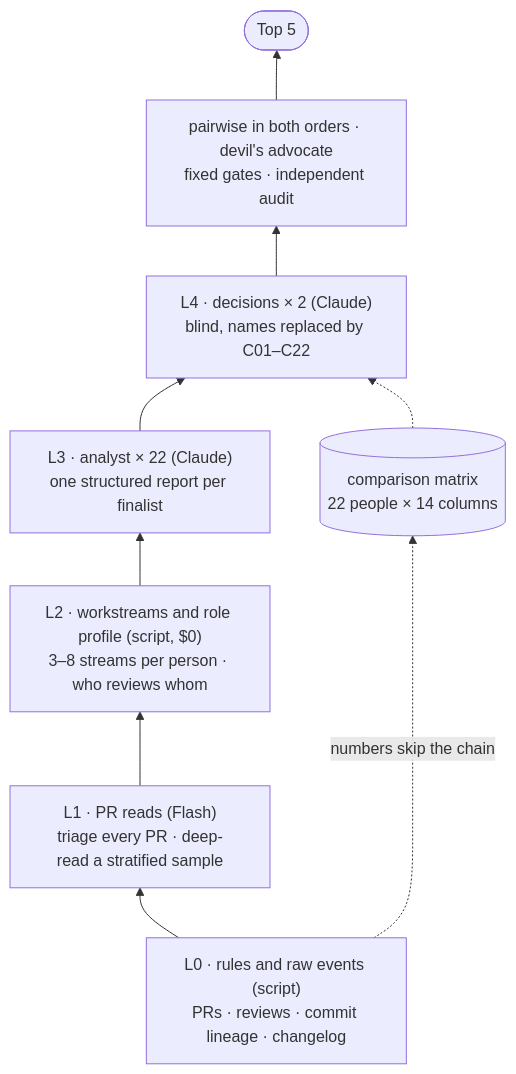
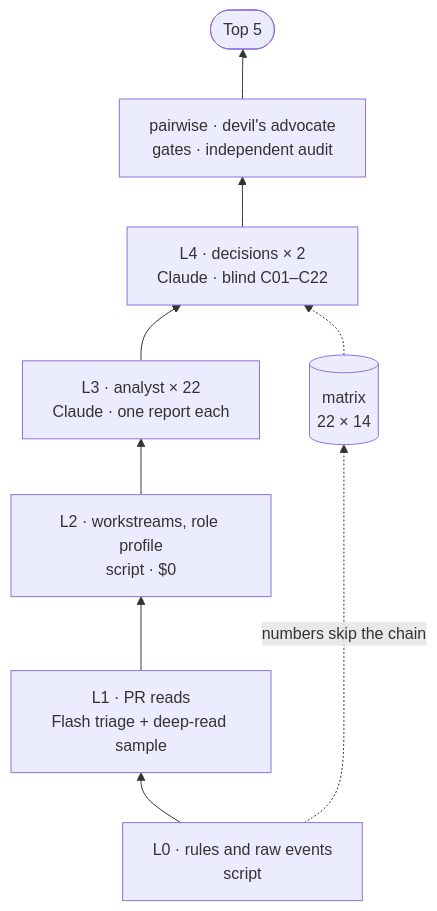
Before and after one commit to yuanyunchen/posthog-impact-dashboard: the second of 2 diagrams in README.md, drawn with Mermaid. The commit also changed other lines of this file, not shown here.

Commit message:
README: compact Mermaid labels so both diagrams fit the page width

````diff
--- a/README.md
+++ b/README.md
@@ -54,12 +57,10 @@
 ```mermaid
 flowchart BT
-    L0["L0 · rules and raw events (script)<br/>PRs · reviews · commit lineage · changelog"]
-    L1["L1 · PR reads (Flash)<br/>triage every PR · deep-read a stratified sample"]
-    L2["L2 · workstreams and role profile (script, $0)<br/>3–8 streams per person · who reviews whom"]
-    L3["L3 · analyst × 22 (Claude)<br/>one structured report per finalist"]
-    L4["L4 · decisions × 2 (Claude)<br/>blind, names replaced by C01–C22"]
-    G["pairwise in both orders · devil's advocate<br/>fixed gates · independent audit"]
-    M[("comparison matrix<br/>22 people × 14 columns")]
-    L0 --> L1 --> L2 --> L3 --> L4 --> G --> T(["Top 5"])
-    L0 -. numbers skip the chain .-> M -.-> L4
+    L0["L0 · rules and raw events<br/>script"] --> L1["L1 · PR reads<br/>Flash triage + deep-read sample"]
+    L1 --> L2["L2 · workstreams, role profile<br/>script · $0"]
+    L2 --> L3["L3 · analyst × 22<br/>Claude · one report each"]
+    L3 --> L4["L4 · decisions × 2<br/>Claude · blind C01–C22"]
+    L4 --> G["pairwise · devil's advocate<br/>gates · independent audit"]
+    G --> T(["Top 5"])
+    L0 -. "numbers skip the chain" .-> M[("matrix<br/>22 × 14")] -.-> L4
 ```
````
